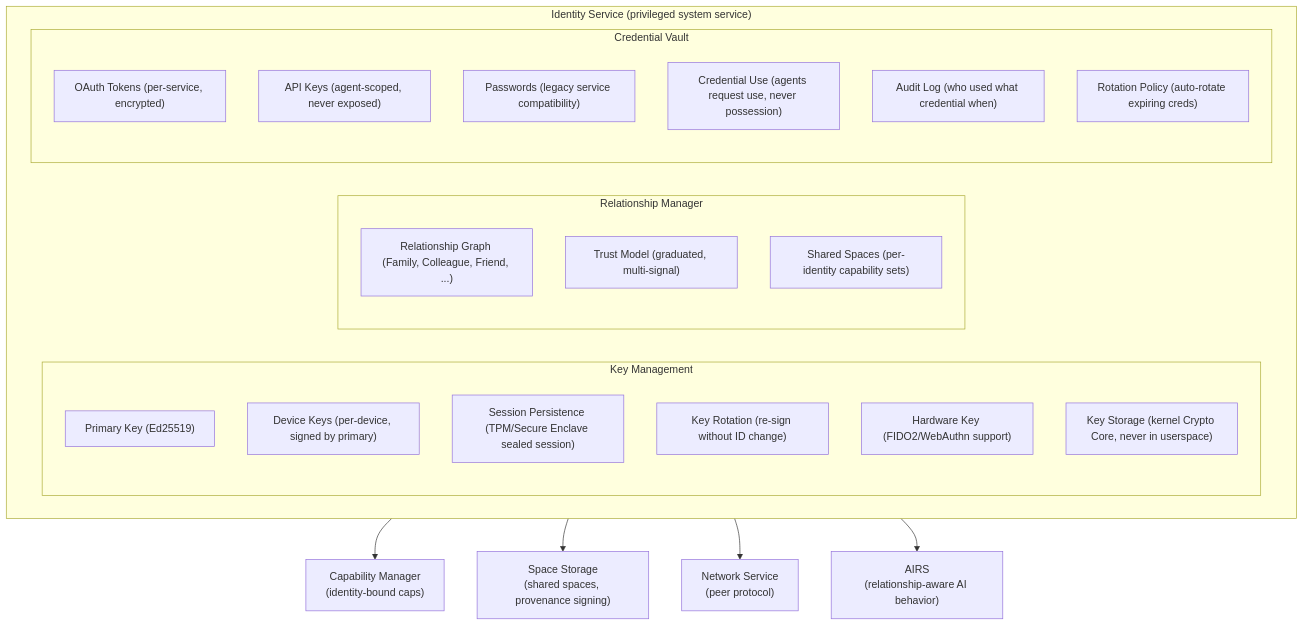
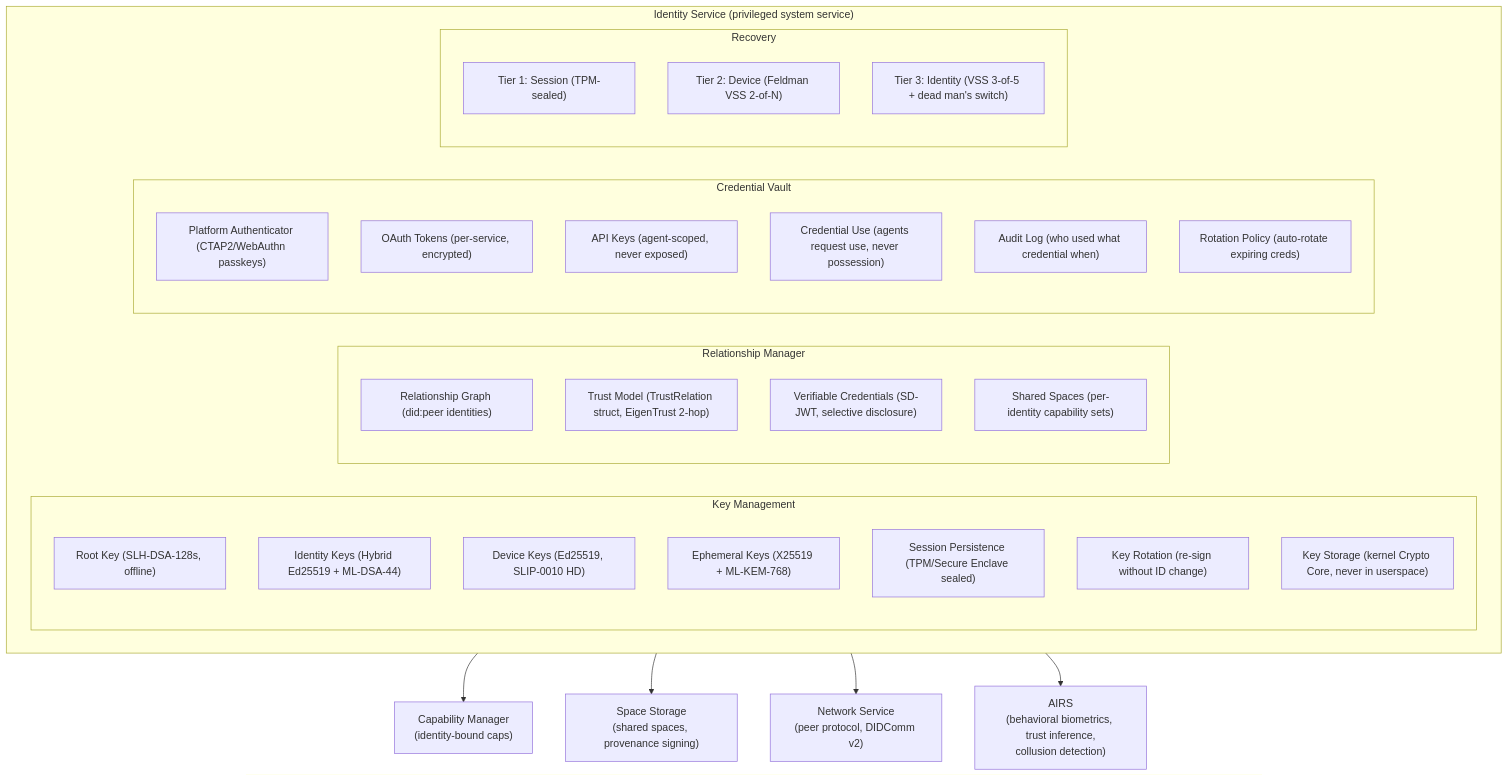
The diagram in docs/experience/identity.md (juslee/aios), drawn with Mermaid before and after one commit. The commit also changed other lines of this file and 9 other files, not shown here.

First line of the commit message:
Docs: Add Identity architecture document (hub + 8 sub-docs) (#106)

````diff
--- a/docs/experience/identity.md
+++ b/docs/experience/identity.md
@@ -39,37 +41,46 @@
 ```mermaid
 flowchart TD
     subgraph IS["Identity Service (privileged system service)"]
         subgraph KM["Key Management"]
-            PK["Primary Key (Ed25519)"]
-            DK["Device Keys (per-device, signed by primary)"]
-            SP["Session Persistence (TPM/Secure Enclave sealed session)"]
+            RK["Root Key (SLH-DSA-128s, offline)"]
+            IK["Identity Keys (Hybrid Ed25519 + ML-DSA-44)"]
+            DK["Device Keys (Ed25519, SLIP-0010 HD)"]
+            EK["Ephemeral Keys (X25519 + ML-KEM-768)"]
+            SP["Session Persistence (TPM/Secure Enclave sealed)"]
             KR["Key Rotation (re-sign without ID change)"]
-            HK["Hardware Key (FIDO2/WebAuthn support)"]
             KS["Key Storage (kernel Crypto Core, never in userspace)"]
         end
 
         subgraph RM["Relationship Manager"]
-            RG["Relationship Graph (Family, Colleague, Friend, ...)"]
-            TM["Trust Model (graduated, multi-signal)"]
+            RG["Relationship Graph (did:peer identities)"]
+            TM["Trust Model (TrustRelation struct, EigenTrust 2-hop)"]
+            VC["Verifiable Credentials (SD-JWT, selective disclosure)"]
             SS["Shared Spaces (per-identity capability sets)"]
         end
 
         subgraph CV["Credential Vault"]
+            PA["Platform Authenticator (CTAP2/WebAuthn passkeys)"]
             OT["OAuth Tokens (per-service, encrypted)"]
             AK["API Keys (agent-scoped, never exposed)"]
-            PW["Passwords (legacy service compatibility)"]
             CU["Credential Use (agents request use, never possession)"]
             AL["Audit Log (who used what credential when)"]
             RP["Rotation Policy (auto-rotate expiring creds)"]
+        end
+
+        subgraph RC["Recovery"]
+            T1["Tier 1: Session (TPM-sealed)"]
+            T2["Tier 2: Device (Feldman VSS 2-of-N)"]
+            T3["Tier 3: Identity (VSS 3-of-5 + dead man's switch)"]
         end
     end
 
     IS --> CM["`Capability Manager
 (identity-bound caps)`"]
     IS --> STO["`Space Storage
 (shared spaces, provenance signing)`"]
     IS --> NS["`Network Service
-(peer protocol)`"]
+(peer protocol, DIDComm v2)`"]
     IS --> AIRS["`AIRS
-(relationship-aware AI behavior)`"]
+(behavioral biometrics, trust inference,
+collusion detection)`"]
 ```
````
